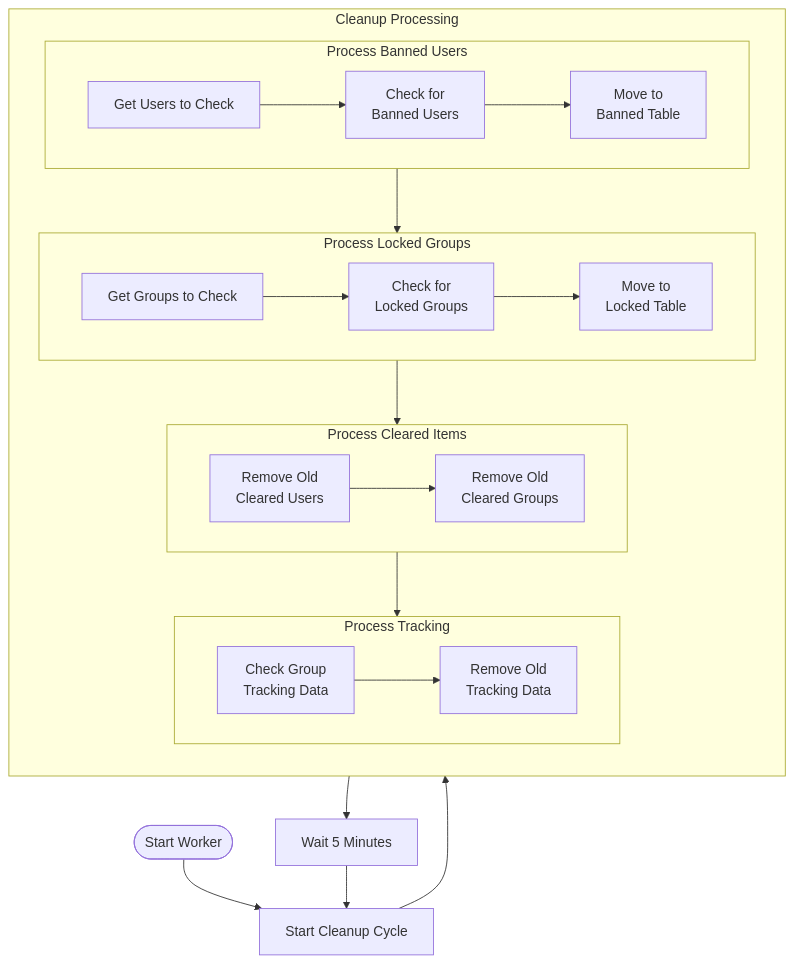
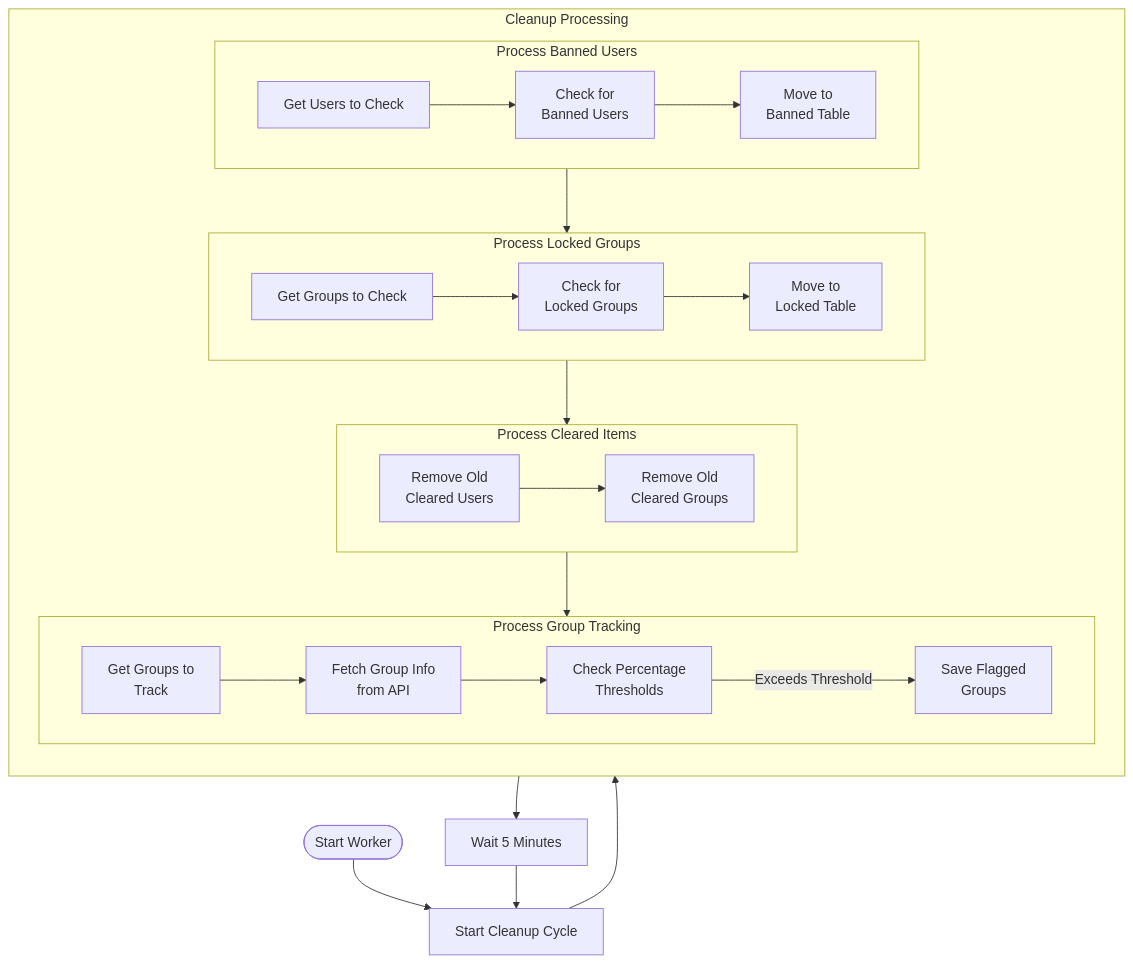
The third of 6 diagrams in README.md (robalyx/rotector), drawn with Mermaid before and after one commit. The commit also changed other lines of this file and 3 other files, not shown here.

````diff
--- a/README.md
+++ b/README.md
@@ -240,37 +245,39 @@
 ```mermaid
 flowchart TB
     Start([Start Worker]) --> Loop[Start Cleanup Cycle]
     
     subgraph Processing [Cleanup Processing]
         direction TB
         subgraph BannedUsers [Process Banned Users]
             direction LR
             GetUsers[Get Users to Check] --> CheckBanned[Check for<br>Banned Users]
             CheckBanned --> RemoveBanned[Move to<br>Banned Table]
         end
         
         subgraph LockedGroups [Process Locked Groups]
             direction LR
             GetGroups[Get Groups to Check] --> CheckLocked[Check for<br>Locked Groups]
             CheckLocked --> RemoveLocked[Move to<br>Locked Table]
         end
         
         subgraph ClearedItems [Process Cleared Items]
             direction LR
             PurgeUsers[Remove Old<br>Cleared Users] --> PurgeGroups[Remove Old<br>Cleared Groups]
         end
         
-        subgraph Tracking [Process Tracking]
+        subgraph Tracking [Process Group Tracking]
             direction LR
-            CheckTracking[Check Group<br>Tracking Data] --> PurgeTracking[Remove Old<br>Tracking Data]
+            GetTracking[Get Groups to<br>Track] --> FetchInfo[Fetch Group Info<br>from API]
+            FetchInfo --> CheckThresholds[Check Percentage<br>Thresholds]
+            CheckThresholds --> |Exceeds Threshold| SaveGroups[Save Flagged<br>Groups]
         end
         
         BannedUsers --> LockedGroups
         LockedGroups --> ClearedItems
         ClearedItems --> Tracking
     end
     
     Loop --> Processing
     Processing --> Wait[Wait 5 Minutes]
     Wait --> Loop
 ```
````
